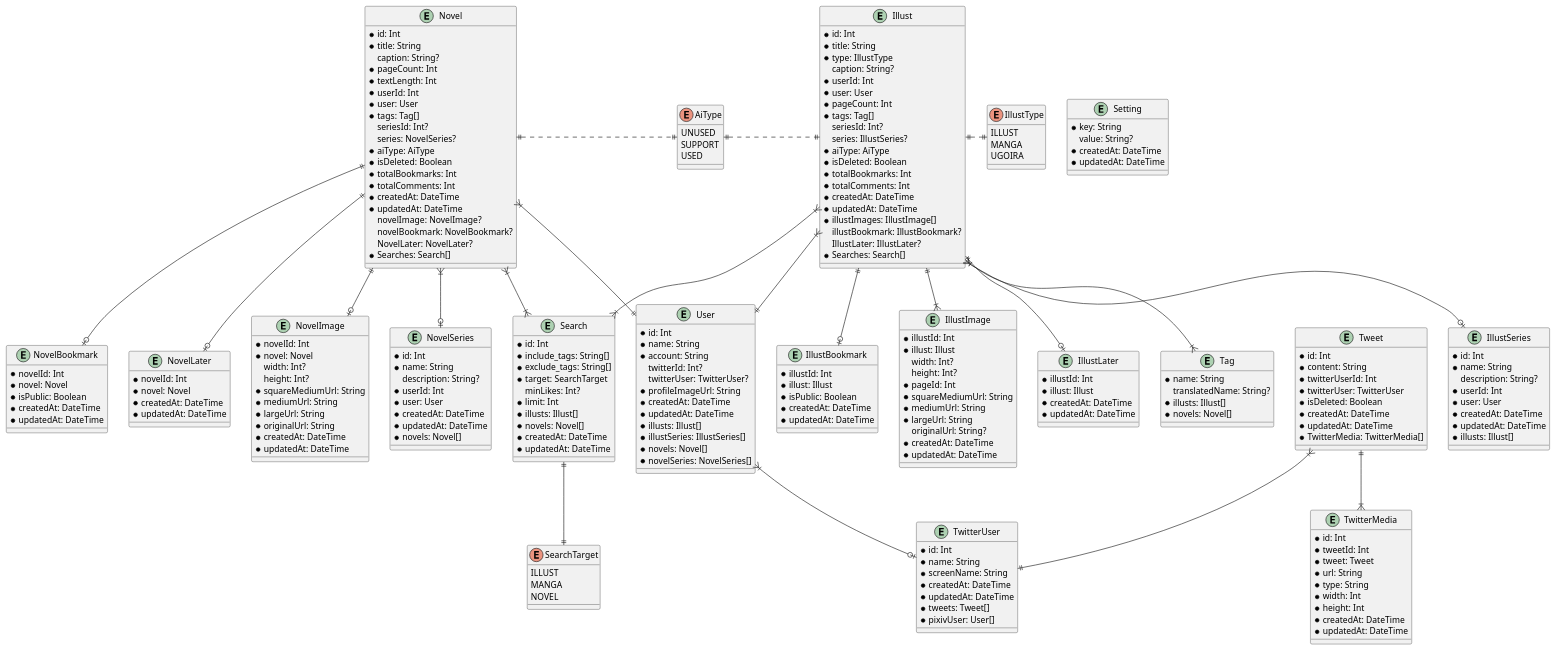
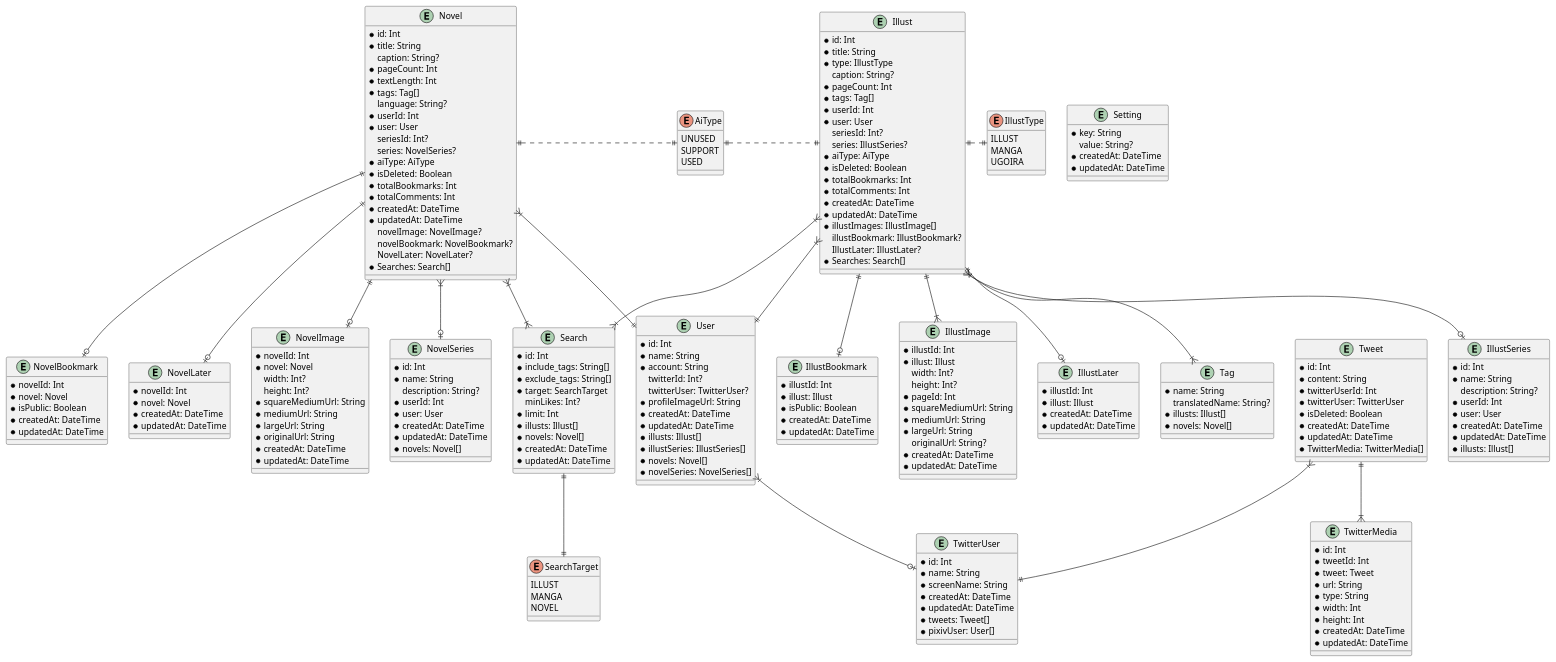
The diagram in packages/db/prisma/schema.pu (tomacheese/my-pixiv), drawn with PlantUML before and after one commit. The commit also changed 2 other files, not shown here.

Commit message:
feat: add language col in novel table schema

```diff
--- a/packages/db/prisma/schema.pu
+++ b/packages/db/prisma/schema.pu
@@ -23,10 +23,10 @@
   * title: String
   * type: IllustType
   caption: String?
+  * pageCount: Int
+  * tags: Tag[]
   * userId: Int
   * user: User
-  * pageCount: Int
-  * tags: Tag[]
   seriesId: Int?
   series: IllustSeries?
   * aiType: AiType
@@ -87,9 +87,10 @@
   caption: String?
   * pageCount: Int
   * textLength: Int
+  * tags: Tag[]
+  language: String?
   * userId: Int
   * user: User
-  * tags: Tag[]
   seriesId: Int?
   series: NovelSeries?
   * aiType: AiType
```
